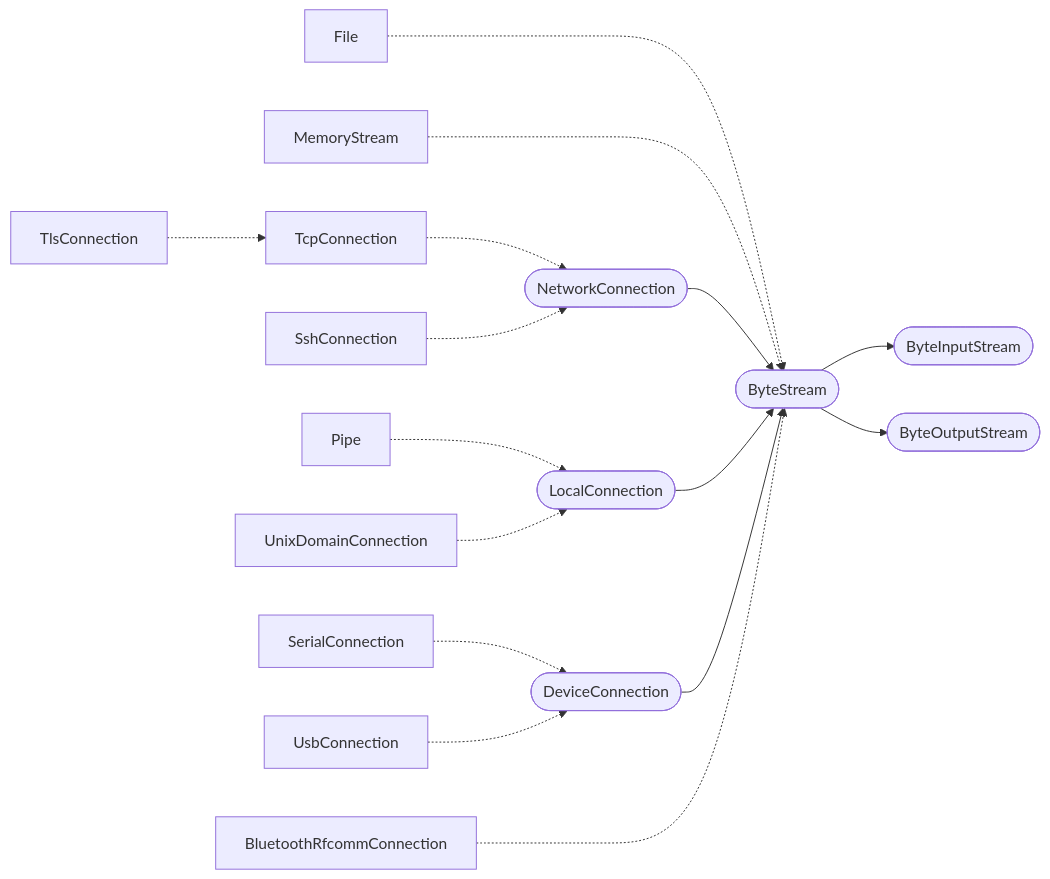
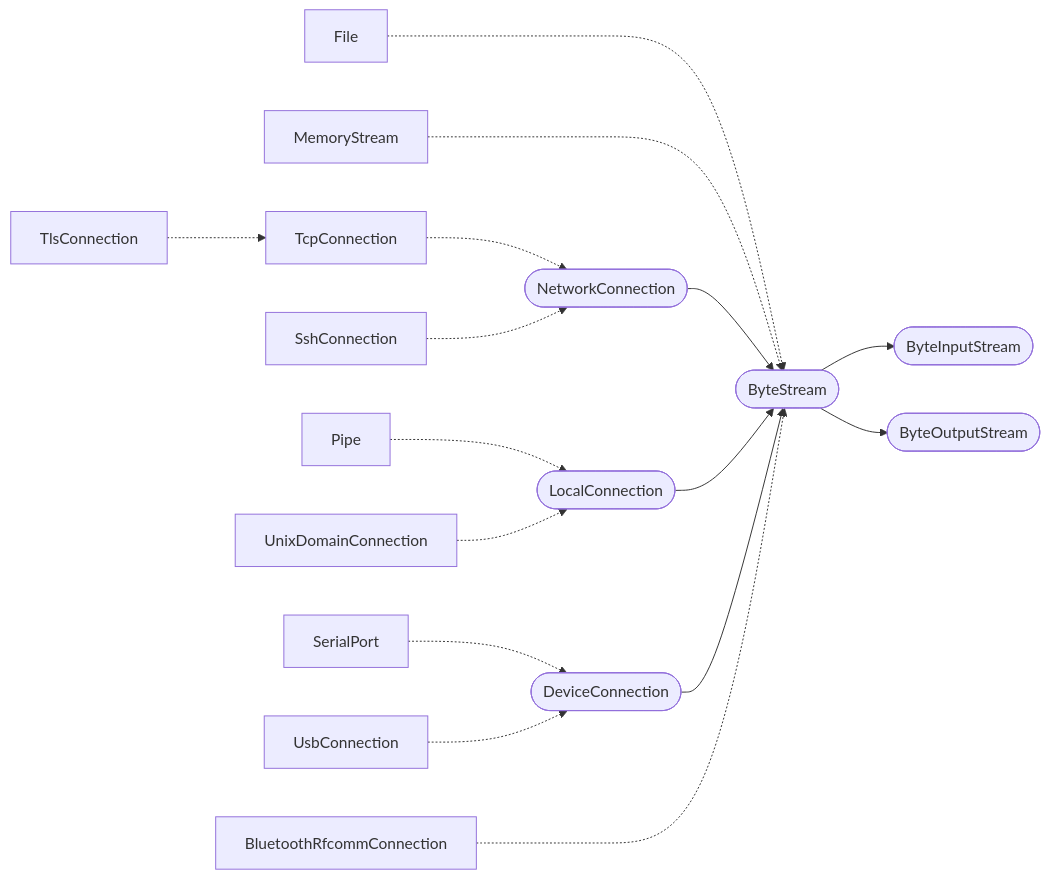
Before and after one commit to laro/Cilia: the diagram in 2 Standard Lib/7 ByteStream & IO.md, drawn with Mermaid. The commit also changed other lines of this file, not shown here.

````diff
--- a/2 Standard Lib/7 ByteStream & IO.md
+++ b/2 Standard Lib/7 ByteStream & IO.md
@@ -154,40 +160,40 @@
 ```mermaid
 flowchart LR
     File[File]
     MemoryStream[MemoryStream]
     NetworkConnection([NetworkConnection])
     TcpConnection[TcpConnection]
     TlsConnection[TlsConnection]
     SshConnection[SshConnection]
     LocalConnection([LocalConnection])
     Pipe[Pipe]
     UnixDomainConnection[UnixDomainConnection]
     DeviceConnection([DeviceConnection])
-    SerialConnection[SerialConnection]
+    SerialPort[SerialPort]
     UsbConnection[UsbConnection]
     BluetoothRfcommConnection[BluetoothRfcommConnection]
     
     ByteStream([ByteStream])
     ByteInputStream([ByteInputStream])
     ByteOutputStream([ByteOutputStream])
     
     File -..-> ByteStream
     MemoryStream -..-> ByteStream
     NetworkConnection --> ByteStream
     LocalConnection --> ByteStream
     DeviceConnection --> ByteStream
     BluetoothRfcommConnection -..-> ByteStream
     
     TcpConnection -.-> NetworkConnection
     TlsConnection -.-> TcpConnection
     SshConnection -.-> NetworkConnection
     
     Pipe -.-> LocalConnection
     UnixDomainConnection -.-> LocalConnection
     
-    SerialConnection -.-> DeviceConnection
+    SerialPort -.-> DeviceConnection
     UsbConnection -.-> DeviceConnection
     
     ByteStream --> ByteInputStream
     ByteStream --> ByteOutputStream
 ```
````
